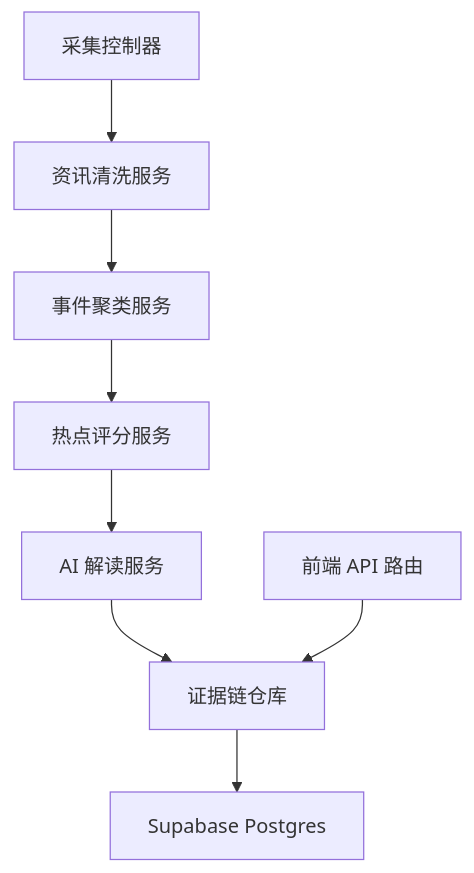
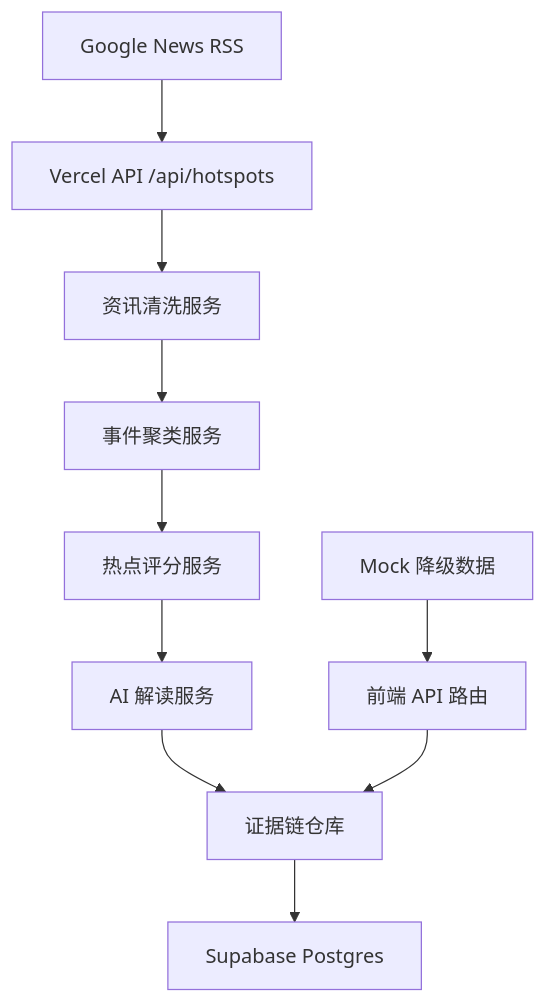
One commit to shawcc/boom changed the second of 3 diagrams in .trae/documents/科技热点投资情报助手-技术架构.md. Above: the diagram before and after it, drawn with Mermaid. The commit also changed other lines of this file and 6 other files, not shown here.

````diff
--- a/.trae/documents/科技热点投资情报助手-技术架构.md
+++ b/.trae/documents/科技热点投资情报助手-技术架构.md
@@ -102,10 +126,12 @@
 ```mermaid
 flowchart TD
-  A["采集控制器"] --> B["资讯清洗服务"]
+  A["Vercel API /api/hotspots"] --> B["资讯清洗服务"]
   B --> C["事件聚类服务"]
   C --> D["热点评分服务"]
   D --> E["AI 解读服务"]
   E --> F["证据链仓库"]
   F --> G["Supabase Postgres"]
   H["前端 API 路由"] --> F
+  I["Google News RSS"] --> A
+  J["Mock 降级数据"] --> H
 ```
````
